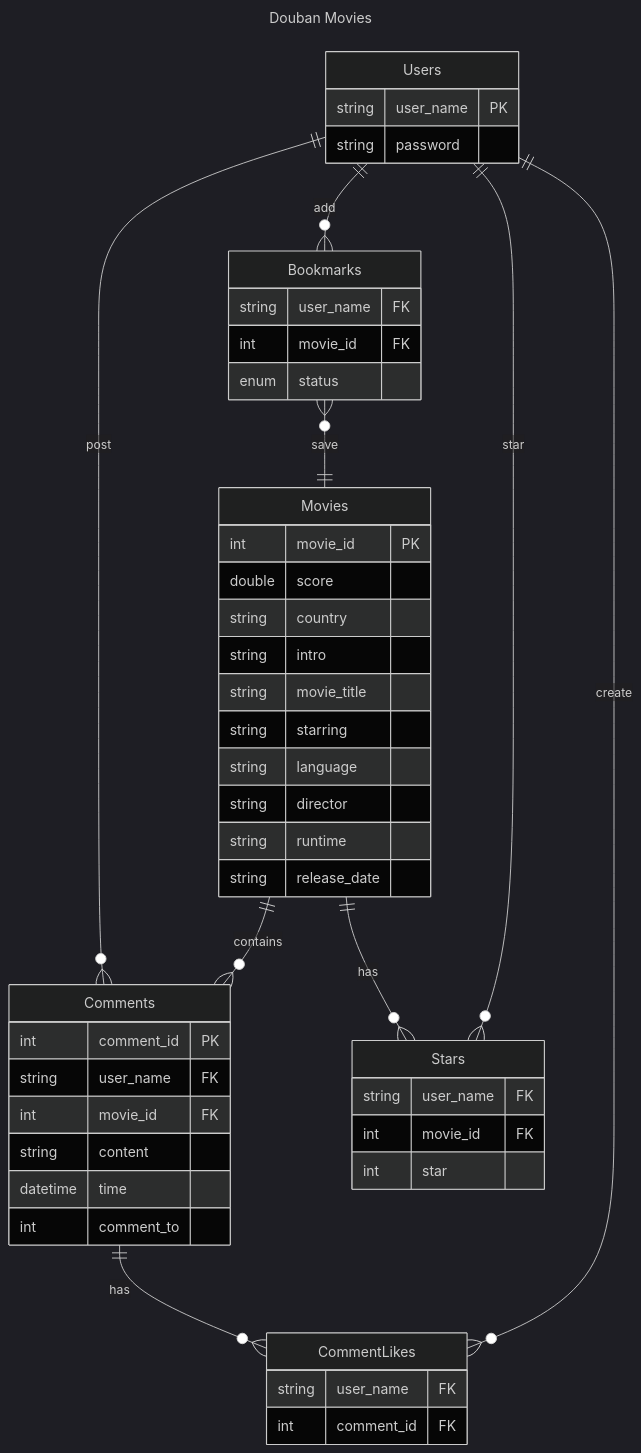
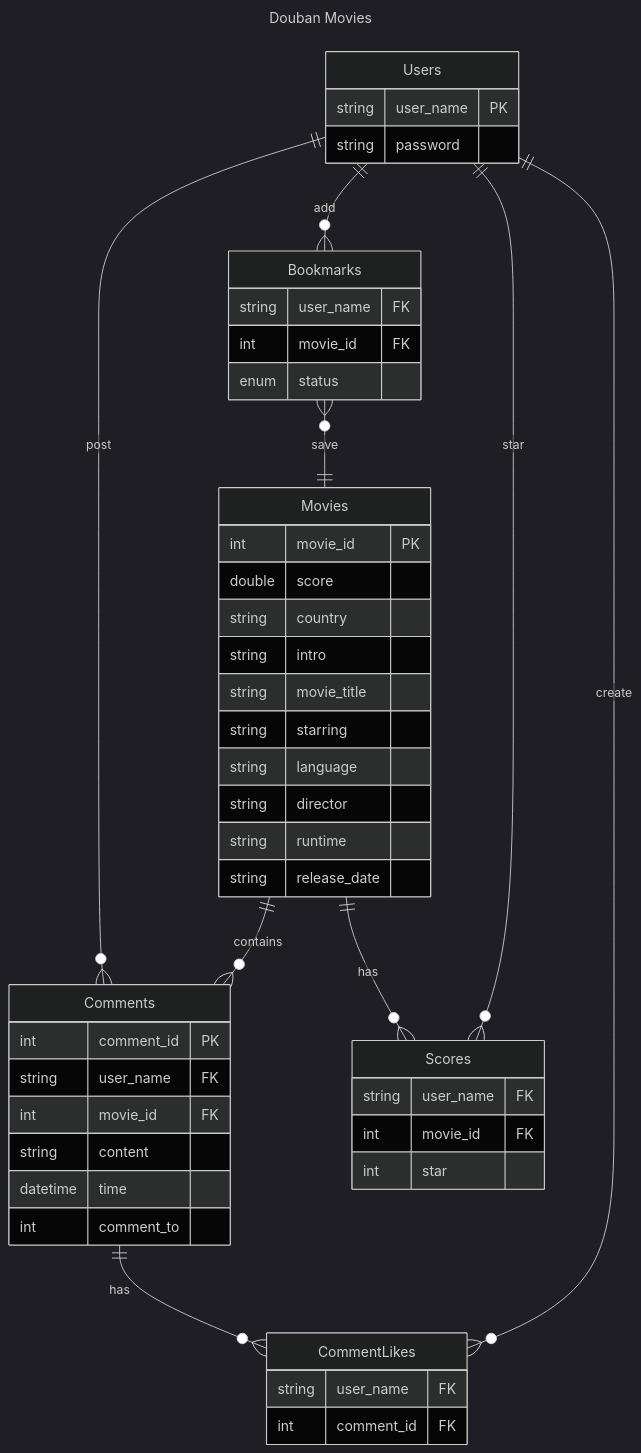
The diagram in README.md (KelvinQiu802/douban-comp2013j-server), drawn with Mermaid (dark theme) before and after one commit. The commit also changed other lines of this file, not shown here.

````diff
--- a/README.md
+++ b/README.md
@@ -18,58 +18,58 @@
 ```mermaid
 ---
 title: Douban Movies
 ---
 erDiagram
 		Movies ||--o{ Comments : contains
 		Comments ||--o{ CommentLikes : has
 		Users ||--o{ Comments : post
 		Users ||--o{ Bookmarks : add
 		Bookmarks }o--|| Movies : save
-		Users ||--o{ Stars : star
-		Movies ||--o{ Stars : has
+		Users ||--o{ Scores : star
+		Movies ||--o{ Scores : has
 		Users ||--o{ CommentLikes : create
 
 		Movies {
 			int movie_id PK
 			double score
 			string country
 			string intro
 			string movie_title
 			string starring
 			string language
 			string director
 			string runtime
 			string release_date
 		}
 		
 		Users {
 			string user_name PK
 			string password
 		}
 		
-		Stars {
+		Scores {
 			string user_name FK
 			int movie_id FK
 			int star
 		}
 		
 		Bookmarks {
 			string user_name FK
 			int movie_id FK
 			enum status
 		}
 		
 		Comments {
 			int comment_id PK
 			string user_name FK
 			int movie_id FK
 			string content
 			datetime time
 			int comment_to
 		}
 		
 		CommentLikes {
 			string user_name FK
 			int comment_id FK
 		}
 ```
````
